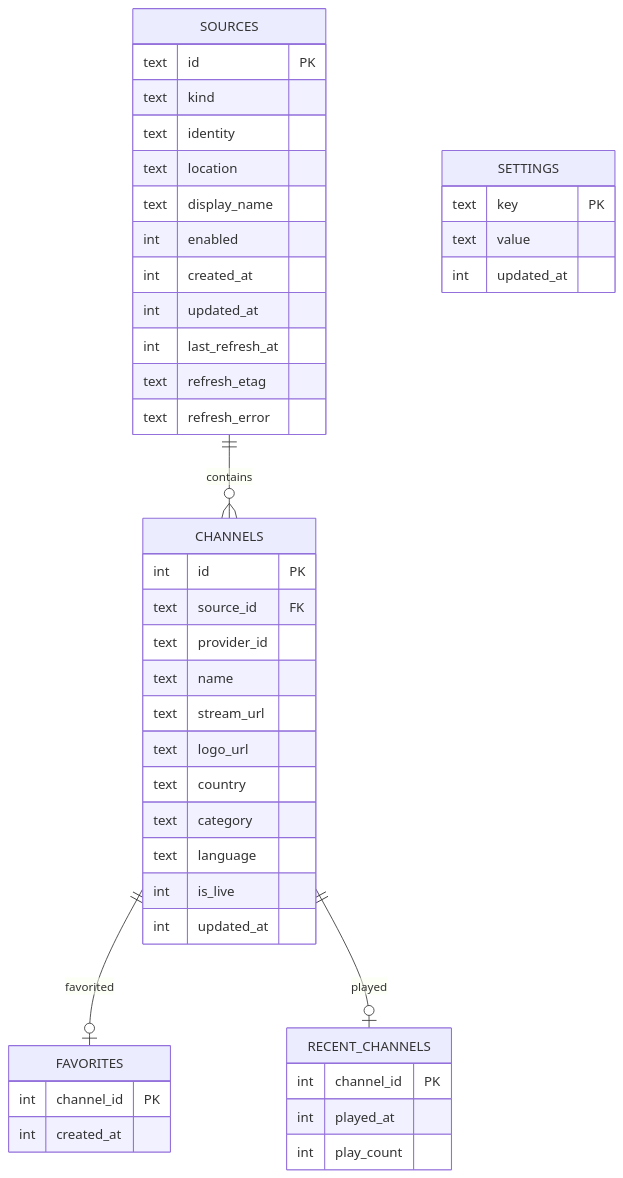
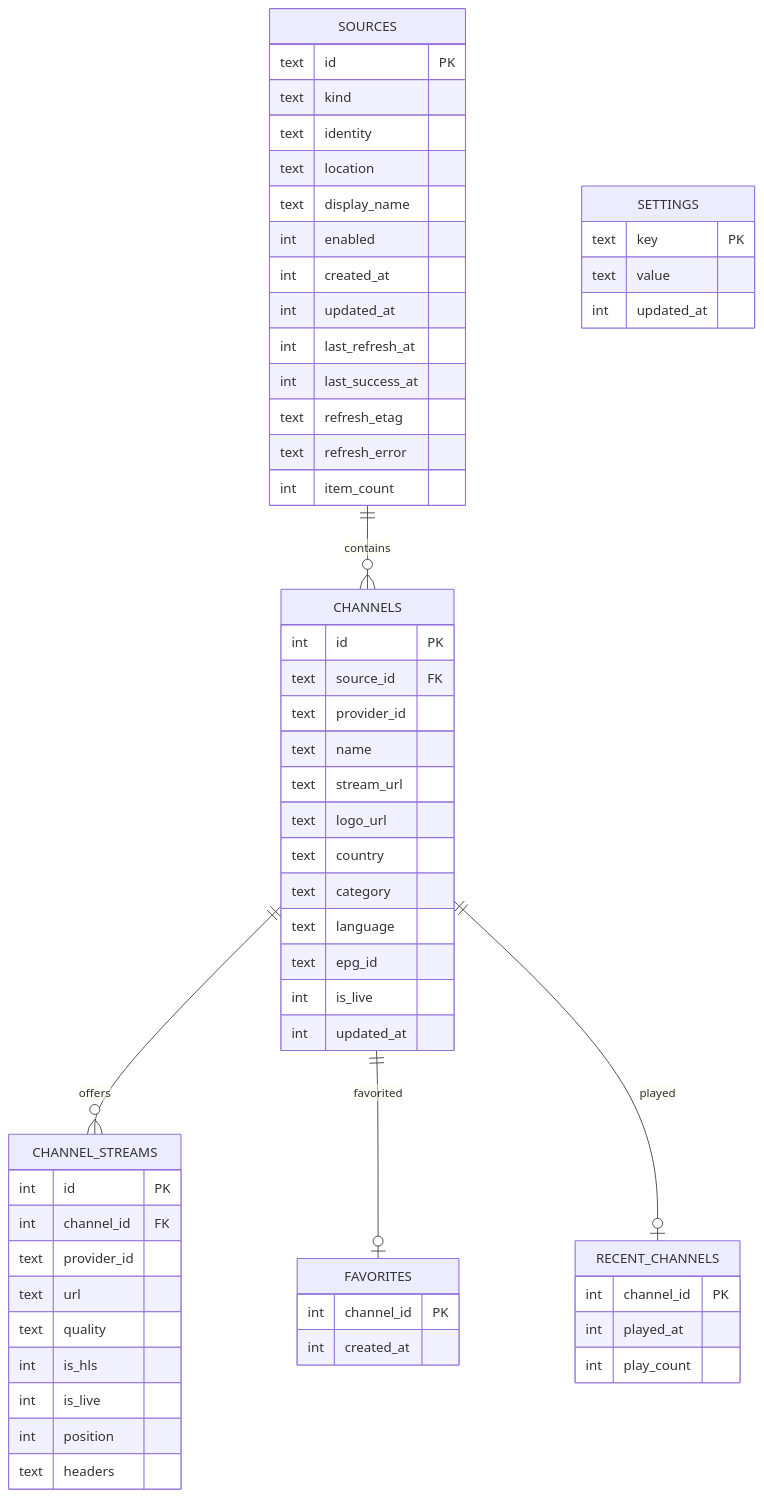
The diagram in docs/architecture/storage.md (satyawikananda/mumu), drawn with Mermaid before and after one commit. The commit also changed other lines of this file and 73 other files, not shown here.

````diff
--- a/docs/architecture/storage.md
+++ b/docs/architecture/storage.md
@@ -21,46 +21,61 @@
 ```mermaid
 erDiagram
   SOURCES ||--o{ CHANNELS : contains
+  CHANNELS ||--o{ CHANNEL_STREAMS : offers
   CHANNELS ||--o| FAVORITES : favorited
   CHANNELS ||--o| RECENT_CHANNELS : played
   SOURCES {
     text id PK
     text kind
     text identity
     text location
     text display_name
     int enabled
     int created_at
     int updated_at
     int last_refresh_at
+    int last_success_at
     text refresh_etag
     text refresh_error
+    int item_count
   }
   CHANNELS {
     int id PK
     text source_id FK
     text provider_id
     text name
     text stream_url
     text logo_url
     text country
     text category
     text language
+    text epg_id
     int is_live
     int updated_at
+  }
+  CHANNEL_STREAMS {
+    int id PK
+    int channel_id FK
+    text provider_id
+    text url
+    text quality
+    int is_hls
+    int is_live
+    int position
+    text headers
   }
   FAVORITES {
     int channel_id PK
     int created_at
   }
   RECENT_CHANNELS {
     int channel_id PK
     int played_at
     int play_count
   }
   SETTINGS {
     text key PK
     text value
     int updated_at
   }
 ```
````
